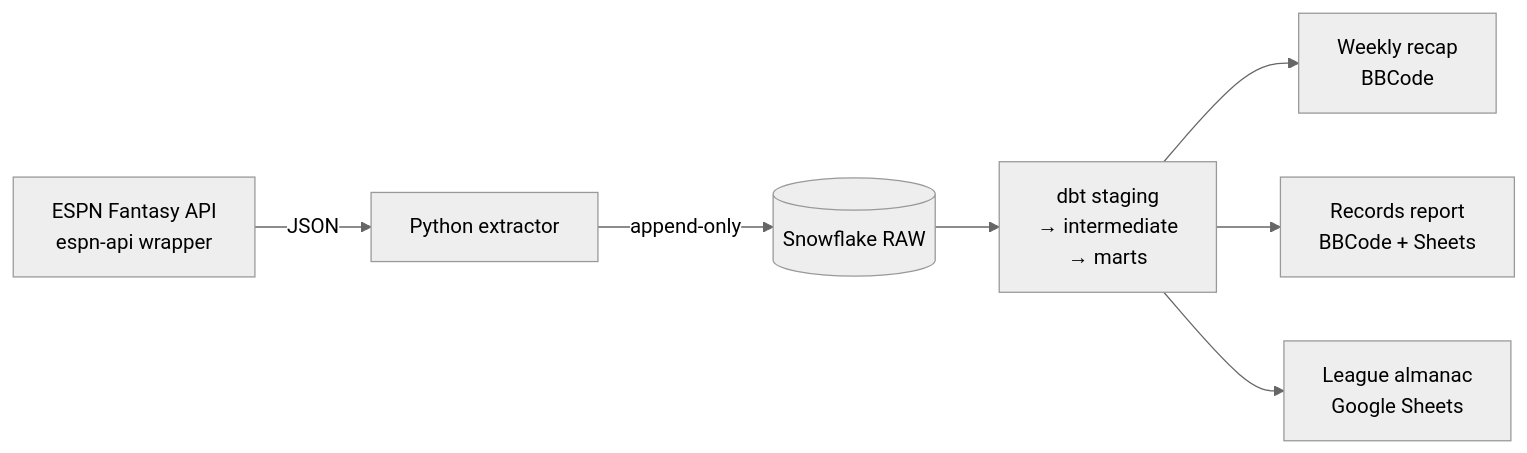
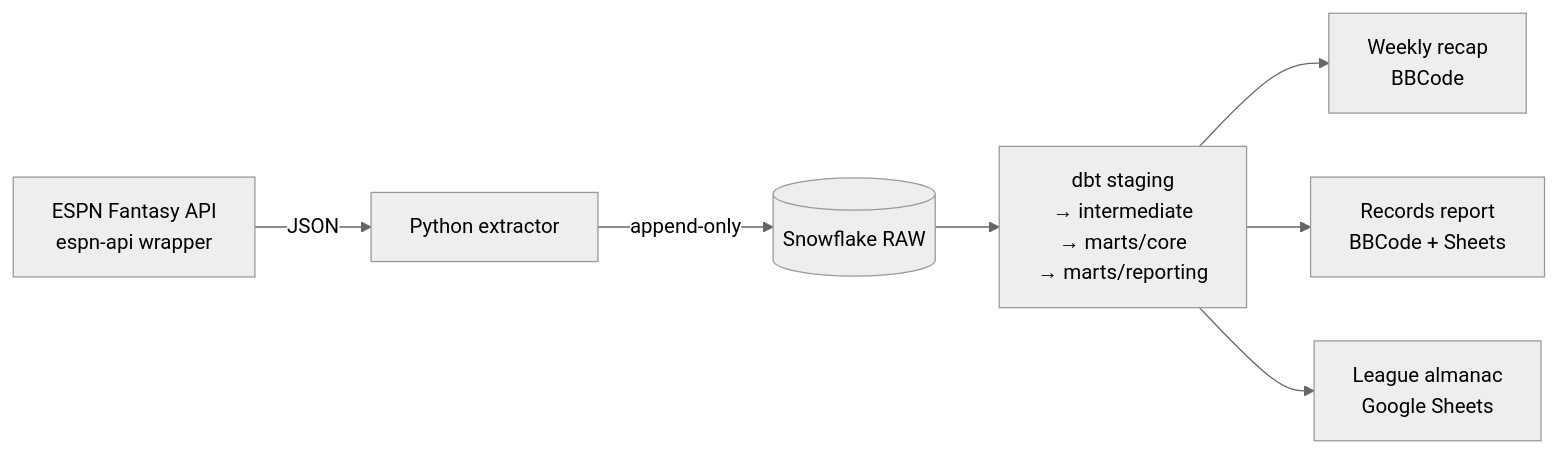
Before and after one commit to KyleDawson24/fantasy-league-almanac: the diagram in README.md, drawn with Mermaid (neutral theme). The commit also changed other lines of this file and 5 other files, not shown here.

First line of the commit message:
Rewrite the dbt README as an architecture narrative; refresh stale docs

````diff
--- a/README.md
+++ b/README.md
@@ -81,9 +81,9 @@
 ```mermaid
 flowchart LR
     A[ESPN Fantasy API<br/>espn-api wrapper] -->|JSON| B[Python extractor]
     B -->|append-only| C[(Snowflake RAW)]
-    C --> D[dbt staging<br/>→ intermediate<br/>→ marts]
+    C --> D[dbt staging<br/>→ intermediate<br/>→ marts/core<br/>→ marts/reporting]
     D --> E1[Weekly recap<br/>BBCode]
     D --> E2[Records report<br/>BBCode + Sheets]
     D --> E3[League almanac<br/>Google Sheets]
 ```
````
